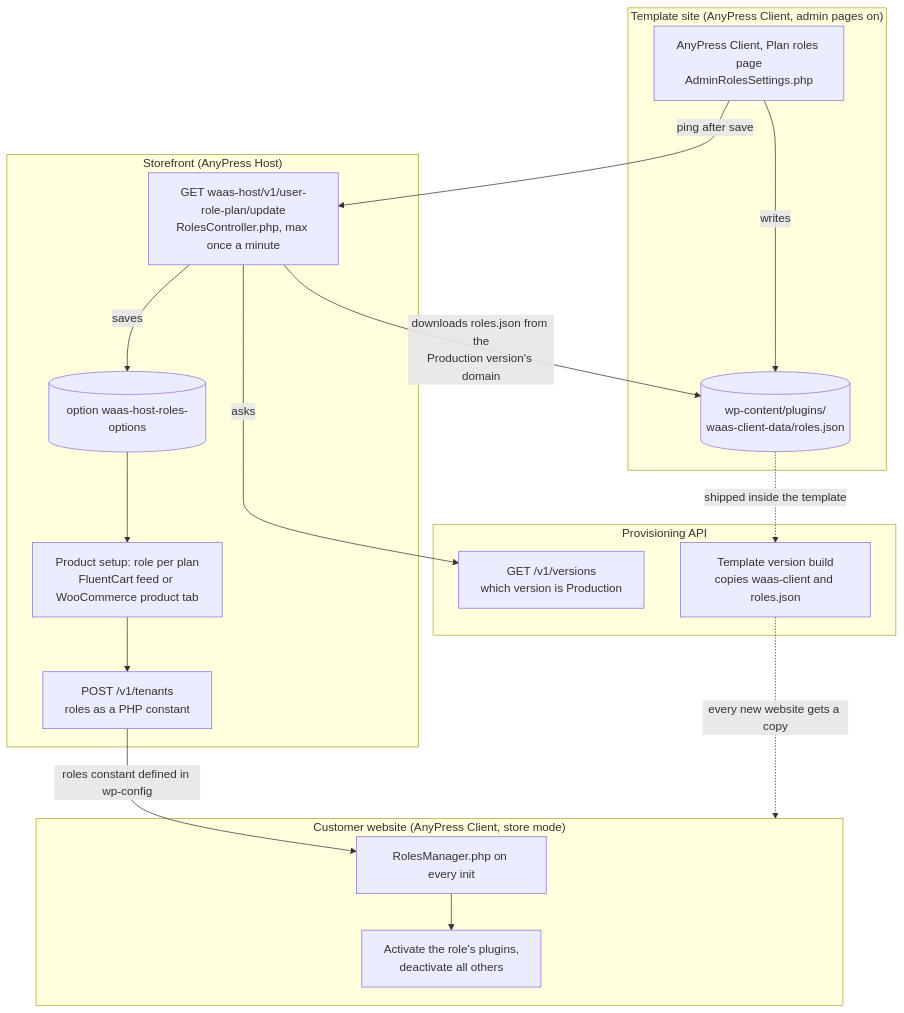
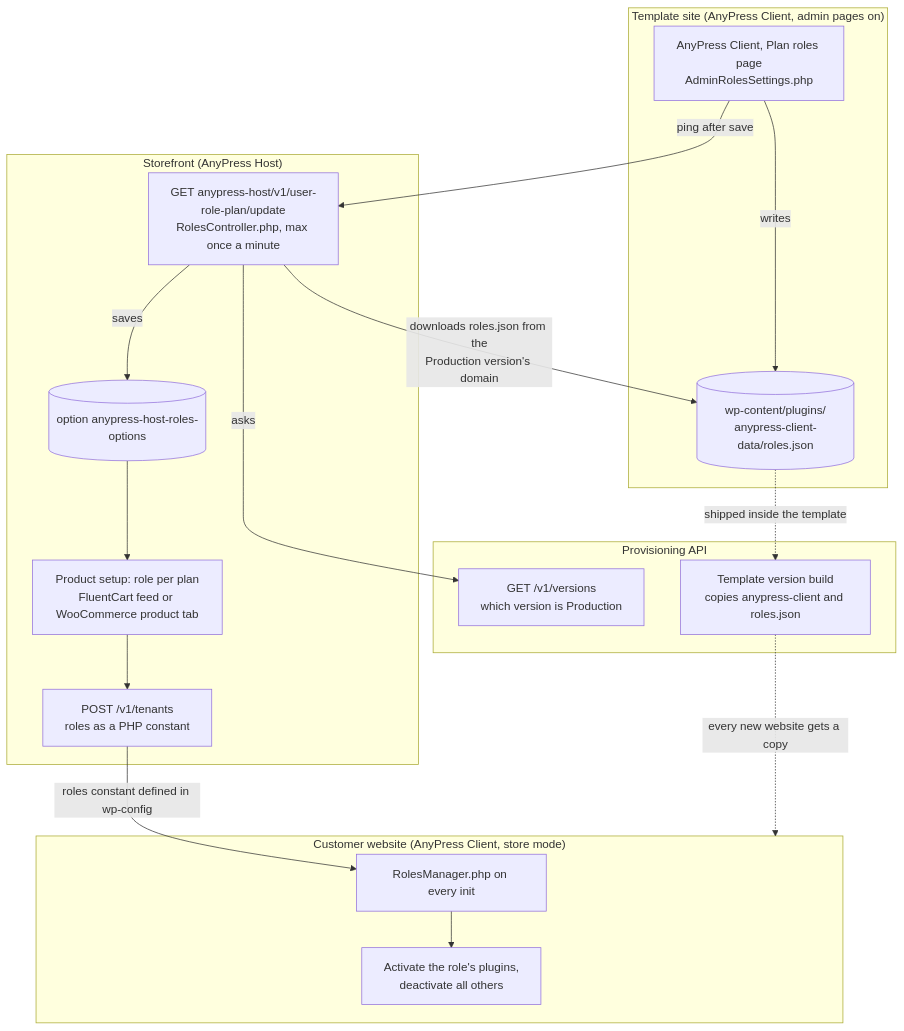
One commit to hamchowderr/waas-plugins changed the fourth of 5 diagrams in docs/architecture/README.md. Above: the diagram before and after it, drawn with Mermaid. The commit also changed other lines of this file and 645 other files, not shown here.

````diff
--- a/docs/architecture/README.md
+++ b/docs/architecture/README.md
@@ -146,34 +146,34 @@
 ```mermaid
 flowchart TB
   subgraph TPLSITE["Template site (AnyPress Client, admin pages on)"]
     ADMIN["AnyPress Client, Plan roles page<br/>AdminRolesSettings.php"]
-    FILE[("wp-content/plugins/<br/>waas-client-data/roles.json")]
+    FILE[("wp-content/plugins/<br/>anypress-client-data/roles.json")]
     ADMIN -->|"writes"| FILE
   end
 
   subgraph SFSITE["Storefront (AnyPress Host)"]
-    RC["GET waas-host/v1/user-role-plan/update<br/>RolesController.php, max once a minute"]
-    OPT[("option waas-host-roles-options")]
+    RC["GET anypress-host/v1/user-role-plan/update<br/>RolesController.php, max once a minute"]
+    OPT[("option anypress-host-roles-options")]
     FEED["Product setup: role per plan<br/>FluentCart feed or WooCommerce product tab"]
     CREATE["POST /v1/tenants<br/>roles as a PHP constant"]
     RC -->|"saves"| OPT --> FEED --> CREATE
   end
 
   subgraph APISIDE["Provisioning API"]
     VERS["GET /v1/versions<br/>which version is Production"]
-    BUILD["Template version build<br/>copies waas-client and roles.json"]
+    BUILD["Template version build<br/>copies anypress-client and roles.json"]
   end
 
   subgraph SITE["Customer website (AnyPress Client, store mode)"]
     RM["RolesManager.php on every init"]
     PLUG["Activate the role's plugins,<br/>deactivate all others"]
     RM --> PLUG
   end
 
   ADMIN -->|"ping after save"| RC
   RC -->|"asks"| VERS
   RC -->|"downloads roles.json from the<br/>Production version's domain"| FILE
   FILE -.->|"shipped inside the template"| BUILD
   BUILD -.->|"every new website gets a copy"| SITE
   CREATE -->|"roles constant defined in wp-config"| RM
 ```
````
